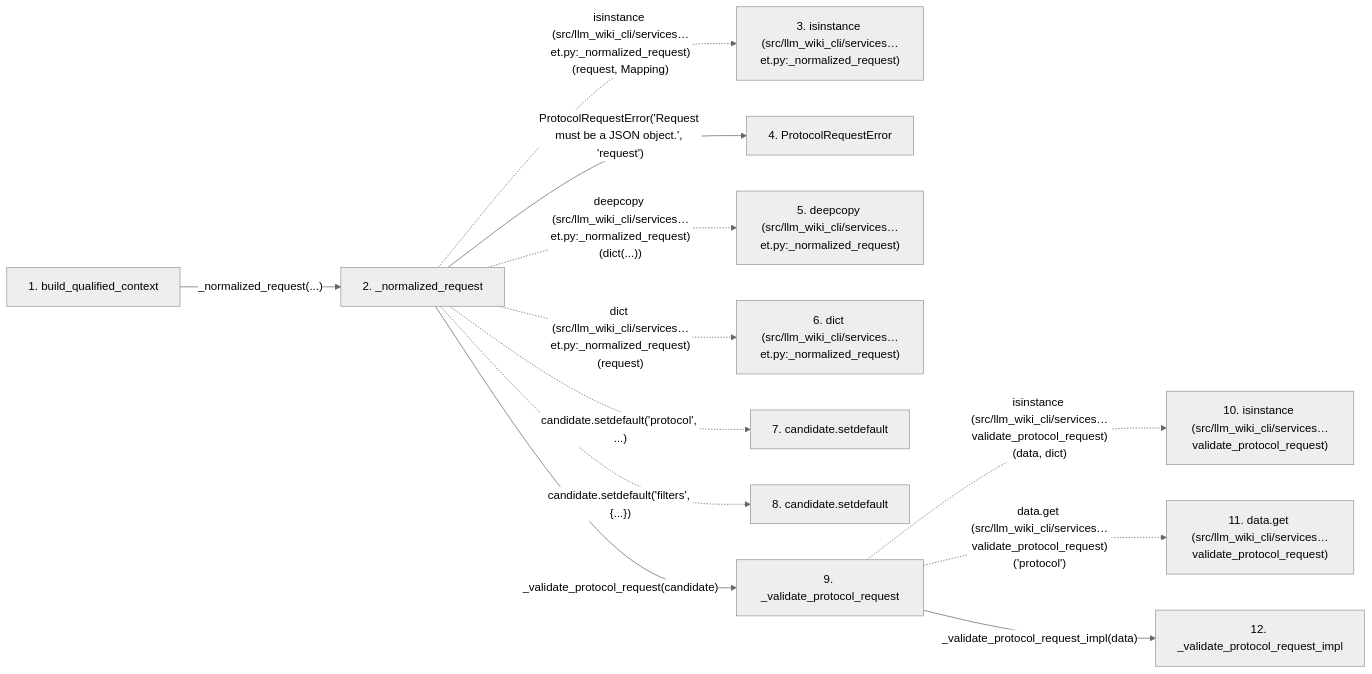
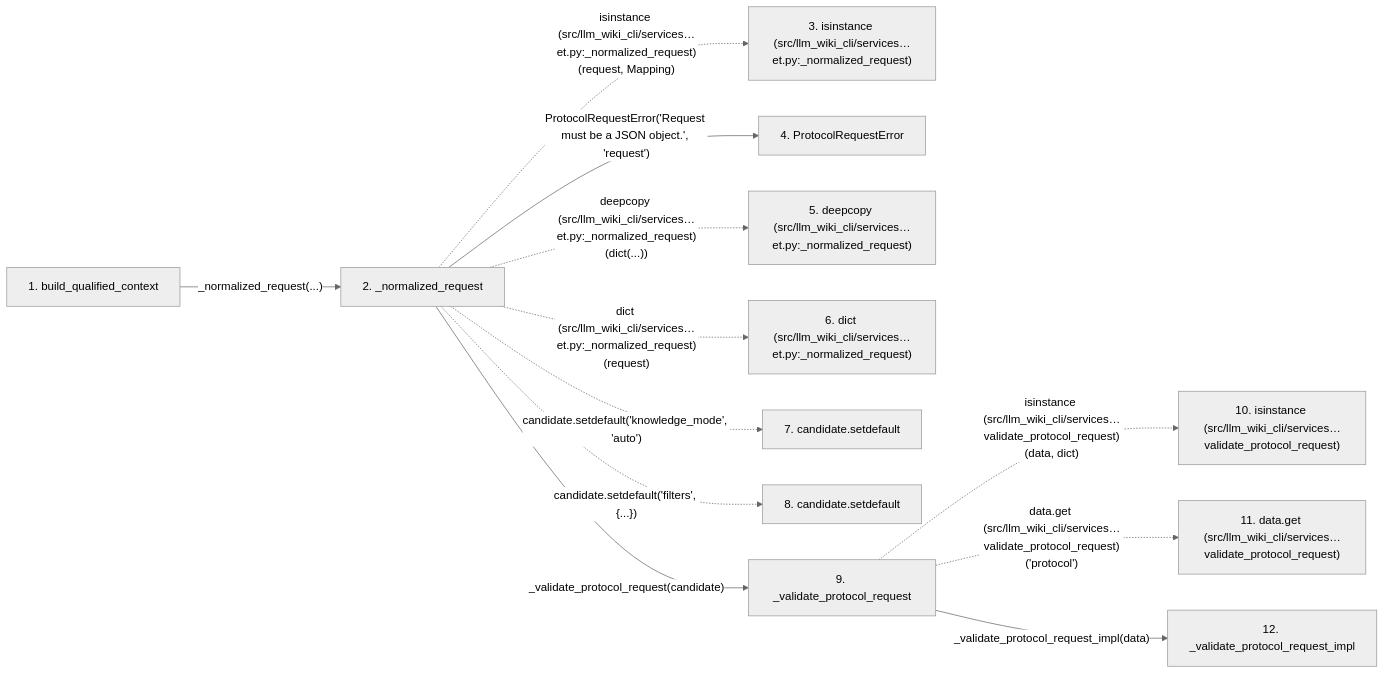
Before and after one commit to Denissvgn/python-wiki-llm: the second of 2 diagrams in docs/llm_wiki/flows/api-build_qualified_context-context_packet.md, drawn with Mermaid (neutral theme). The commit also changed other lines of this file and 416 other files, not shown here.

````diff
--- a/docs/llm_wiki/flows/api-build_qualified_context-context_packet.md
+++ b/docs/llm_wiki/flows/api-build_qualified_context-context_packet.md
@@ -171,31 +171,31 @@
 ```mermaid
 flowchart LR
     s1["1. build_qualified_context"]
     s2["2. _normalized_request"]
     s3["3. isinstance (src/llm_wiki_cli/services…et.py:_normalized_request)"]
     s4["4. ProtocolRequestError"]
     s5["5. deepcopy (src/llm_wiki_cli/services…et.py:_normalized_request)"]
     s6["6. dict (src/llm_wiki_cli/services…et.py:_normalized_request)"]
     s7["7. candidate.setdefault"]
     s8["8. candidate.setdefault"]
     s9["9. _validate_protocol_request"]
     s10["10. isinstance (src/llm_wiki_cli/services…validate_protocol_request)"]
     s11["11. data.get (src/llm_wiki_cli/services…validate_protocol_request)"]
     s12["12. _validate_protocol_request_impl"]
     s1 -->|"_normalized_request(...)"| s2
     s2 -. "isinstance (src/llm_wiki_cli/services…et.py:_normalized_request)(request, Mapping)" .-> s3
     s2 -->|"ProtocolRequestError('Request must be a JSON object.', 'request')"| s4
     s2 -. "deepcopy (src/llm_wiki_cli/services…et.py:_normalized_request)(dict(...))" .-> s5
     s2 -. "dict (src/llm_wiki_cli/services…et.py:_normalized_request)(request)" .-> s6
-    s2 -. "candidate.setdefault('protocol', ...)" .-> s7
+    s2 -. "candidate.setdefault('knowledge_mode', 'auto')" .-> s7
     s2 -. "candidate.setdefault('filters', {...})" .-> s8
     s2 -->|"_validate_protocol_request(candidate)"| s9
     s9 -. "isinstance (src/llm_wiki_cli/services…validate_protocol_request)(data, dict)" .-> s10
     s9 -. "data.get (src/llm_wiki_cli/services…validate_protocol_request)('protocol')" .-> s11
     s9 -->|"_validate_protocol_request_impl(data)"| s12
     click s1 "../modules/context_packet.md"
     click s2 "../modules/context_packet.md"
     click s4 "../modules/context_service.md"
     click s9 "../modules/context_service.md"
     click s12 "../modules/context_service.md"
 ```
````
